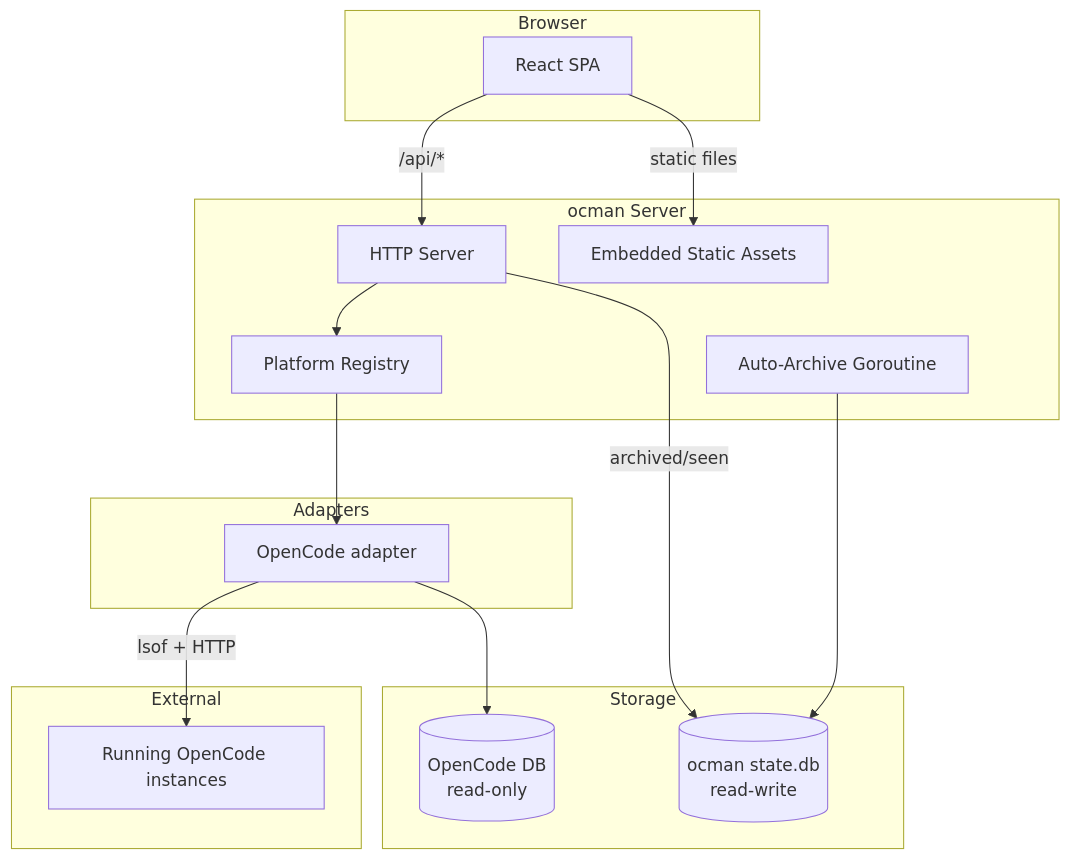
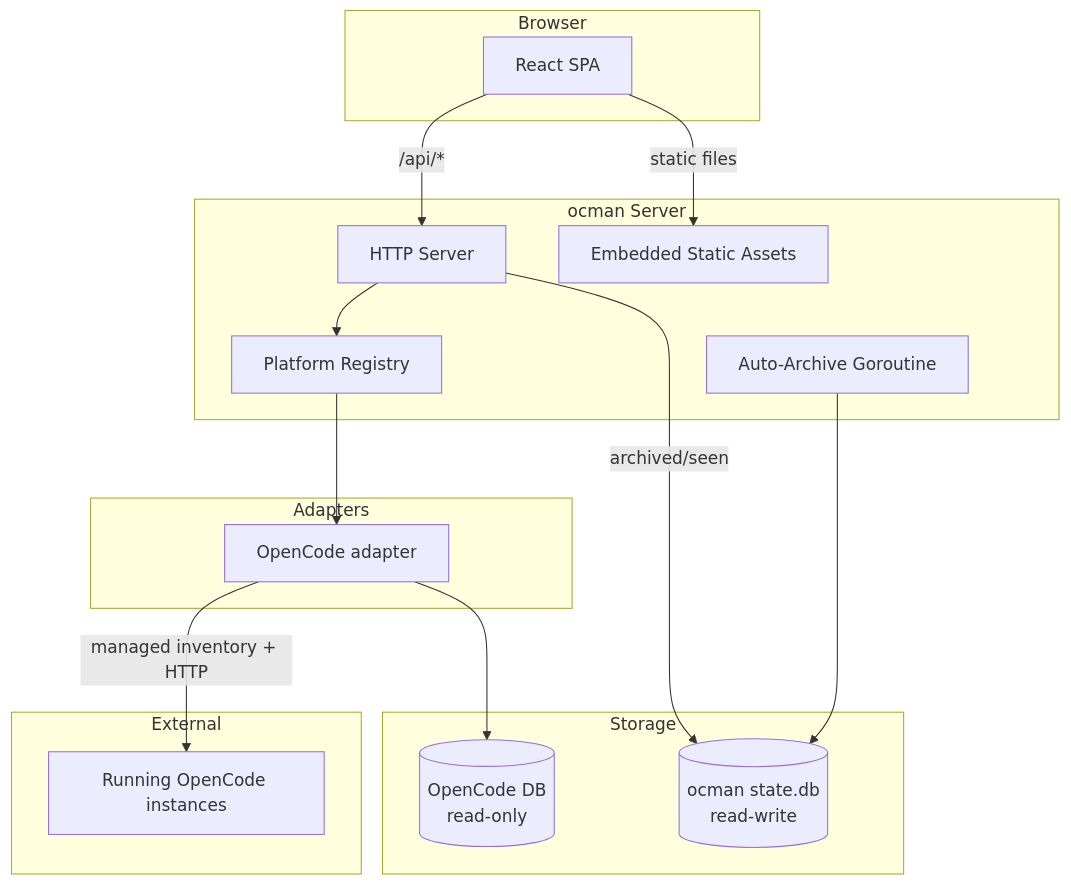
The diagram in docs/other/contributing.md (ocman/ocman), drawn with Mermaid before and after one commit. The commit also changed 23 other files, not shown here.

Commit message:
refactor(opencode): use managed runtime inventory

````diff
--- a/docs/other/contributing.md
+++ b/docs/other/contributing.md
@@ -8,35 +8,35 @@
 ```mermaid
 graph TD
     subgraph Browser
         SPA[React SPA]
     end
 
     subgraph ocman Server
         HTTP[HTTP Server]
         Static[Embedded Static Assets]
         Registry[Platform Registry]
         Archive[Auto-Archive Goroutine]
     end
 
     subgraph Adapters
         OCAd[OpenCode adapter]
     end
 
     subgraph Storage
         OC_DB[(OpenCode DB<br/>read-only)]
         State_DB[(ocman state.db<br/>read-write)]
     end
 
     subgraph External
         OC[Running OpenCode instances]
     end
 
     SPA -->|/api/*| HTTP
     SPA -->|static files| Static
     HTTP --> Registry
     Registry --> OCAd
     OCAd --> OC_DB
-    OCAd -->|lsof + HTTP| OC
+    OCAd -->|managed inventory + HTTP| OC
     HTTP -->|archived/seen| State_DB
     Archive --> State_DB
 ```
````
